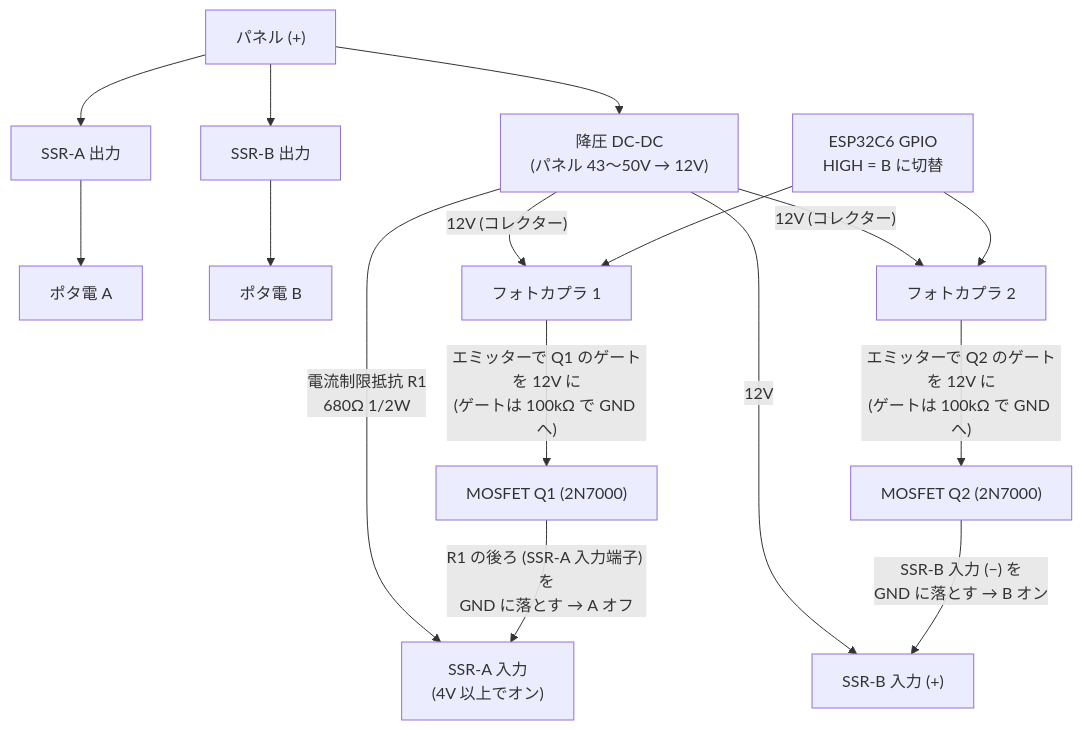
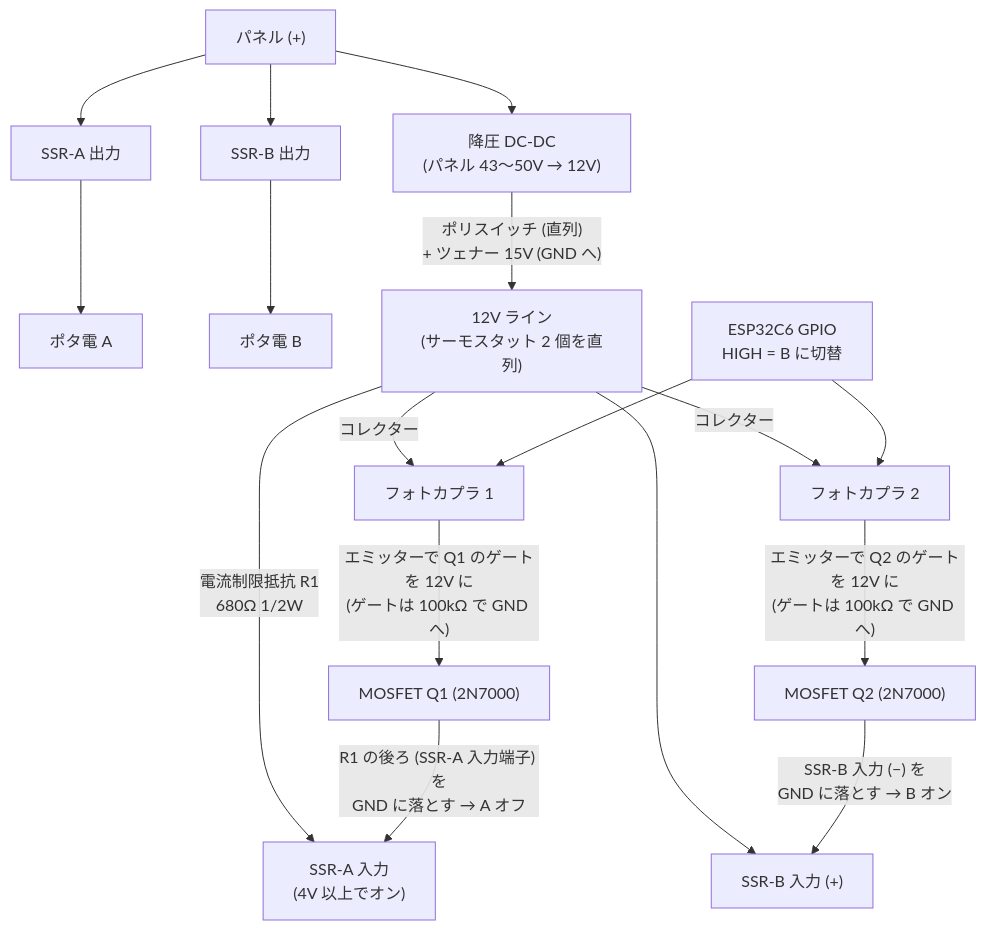
Before and after one commit to junkei-okinawa/FarmVerse: the second of 2 diagrams in docs/3_PowerSystem/01_電源システム設計.md, drawn with Mermaid. The commit also changed other lines of this file, not shown here.

Commit message:
docs(power): clamp the 12V line with a PTC and 15V zener against buck input-output shorts

````diff
--- a/docs/3_PowerSystem/01_電源システム設計.md
+++ b/docs/3_PowerSystem/01_電源システム設計.md
@@ -98,14 +98,15 @@
 ```mermaid
 flowchart TB
     PV["パネル (+)"] --> SSRA_OUT["SSR-A 出力"] --> A["ポタ電 A"]
     PV --> SSRB_OUT["SSR-B 出力"] --> B["ポタ電 B"]
     PV --> BUCK["降圧 DC-DC<br/>(パネル 43〜50V → 12V)"]
-    BUCK -- "電流制限抵抗 R1<br/>680Ω 1/2W" --> SSRA_IN["SSR-A 入力<br/>(4V 以上でオン)"]
-    BUCK -- "12V" --> SSRB_IN["SSR-B 入力 (+)"]
-    BUCK -- "12V (コレクター)" --> PC1
-    BUCK -- "12V (コレクター)" --> PC2
+    BUCK -- "ポリスイッチ (直列)<br/>+ ツェナー 15V (GND へ)" --> V12["12V ライン<br/>(サーモスタット 2 個を直列)"]
+    V12 -- "電流制限抵抗 R1<br/>680Ω 1/2W" --> SSRA_IN["SSR-A 入力<br/>(4V 以上でオン)"]
+    V12 --> SSRB_IN["SSR-B 入力 (+)"]
+    V12 -- "コレクター" --> PC1
+    V12 -- "コレクター" --> PC2
     GPIO["ESP32C6 GPIO<br/>HIGH = B に切替"] --> PC1["フォトカプラ 1"] -- "エミッターで Q1 のゲートを 12V に<br/>(ゲートは 100kΩ で GND へ)" --> Q1["MOSFET Q1 (2N7000)"]
     Q1 -- "R1 の後ろ (SSR-A 入力端子) を<br/>GND に落とす → A オフ" --> SSRA_IN
     GPIO --> PC2["フォトカプラ 2"] -- "エミッターで Q2 のゲートを 12V に<br/>(ゲートは 100kΩ で GND へ)" --> Q2["MOSFET Q2 (2N7000)"]
     Q2 -- "SSR-B 入力 (−) を<br/>GND に落とす → B オン" --> SSRB_IN
 ```
````
